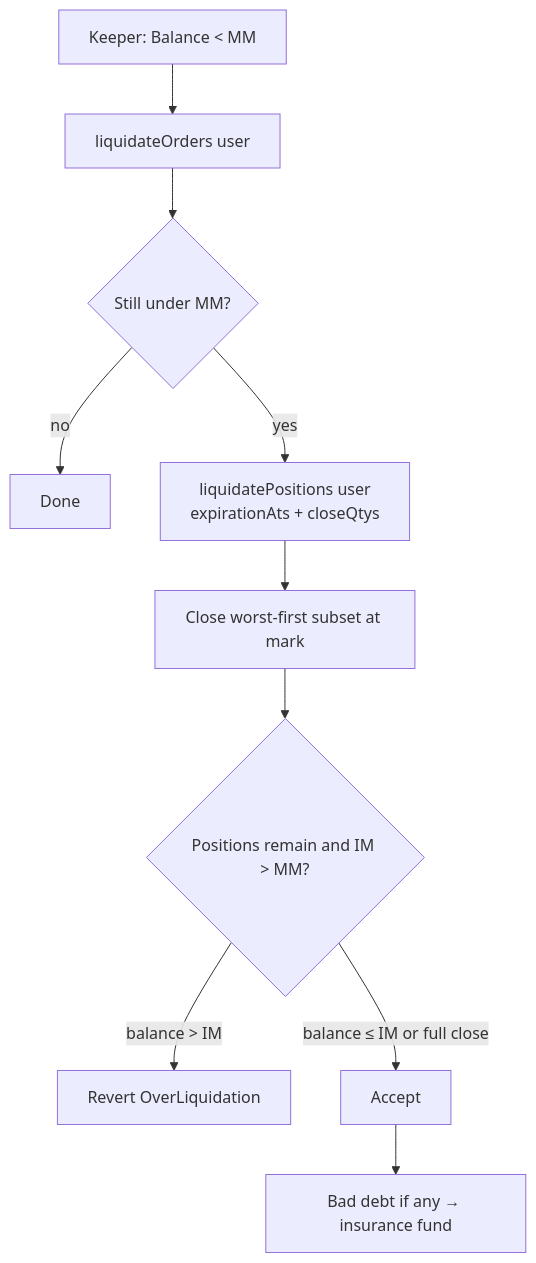
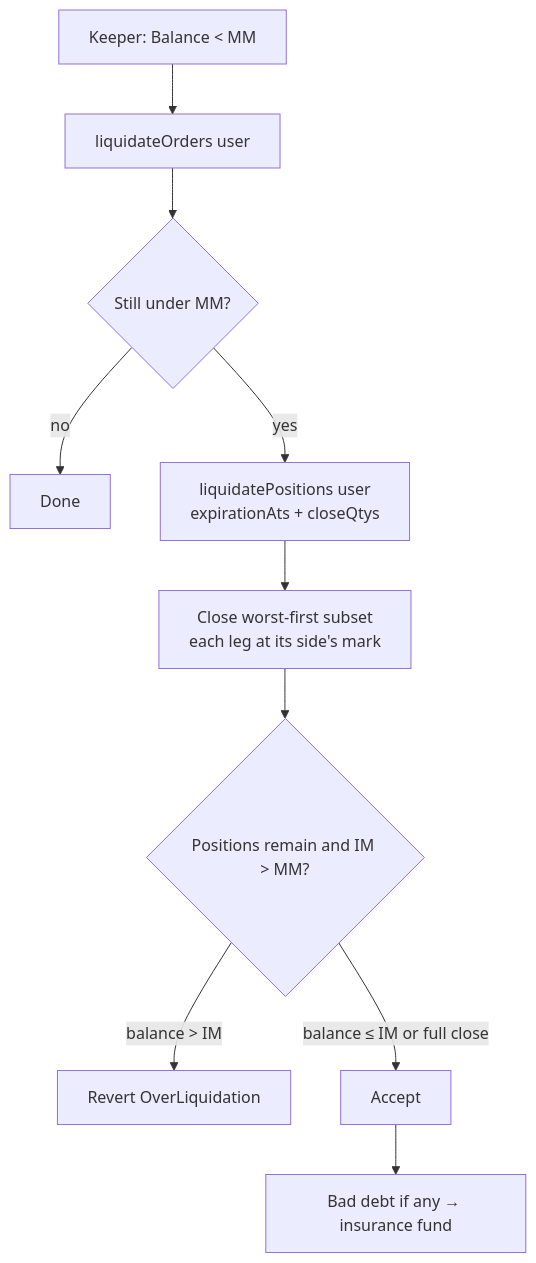
The second of 2 diagrams in docs/gitbook/03.Margin-System.md (Lumerin-protocol/futures-marketplace), drawn with Mermaid before and after one commit. The commit also changed other lines of this file and 3 other files, not shown here.

````diff
--- a/docs/gitbook/03.Margin-System.md
+++ b/docs/gitbook/03.Margin-System.md
@@ -128,12 +157,12 @@
 ```mermaid
 flowchart TD
   A[Keeper: Balance &lt; MM] --> B[liquidateOrders user]
   B --> C{Still under MM?}
   C -->|no| D[Done]
   C -->|yes| E[liquidatePositions user<br/>expirationAts + closeQtys]
-  E --> F[Close worst-first subset at mark]
+  E --> F[Close worst-first subset<br/>each leg at its side's mark]
   F --> G{Positions remain and IM &gt; MM?}
   G -->|balance &gt; IM| H[Revert OverLiquidation]
   G -->|balance ≤ IM or full close| I[Accept]
   I --> J[Bad debt if any → insurance fund]
 ```
````
